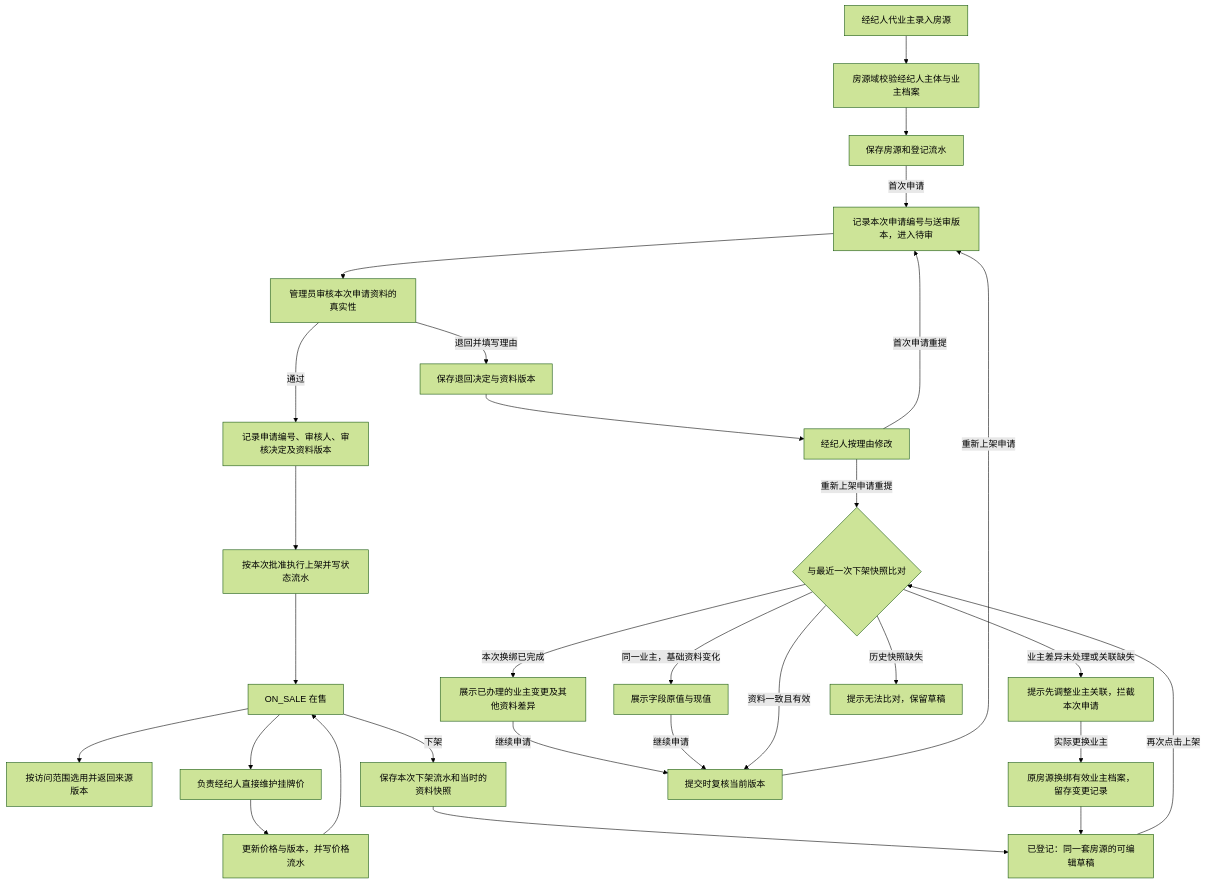
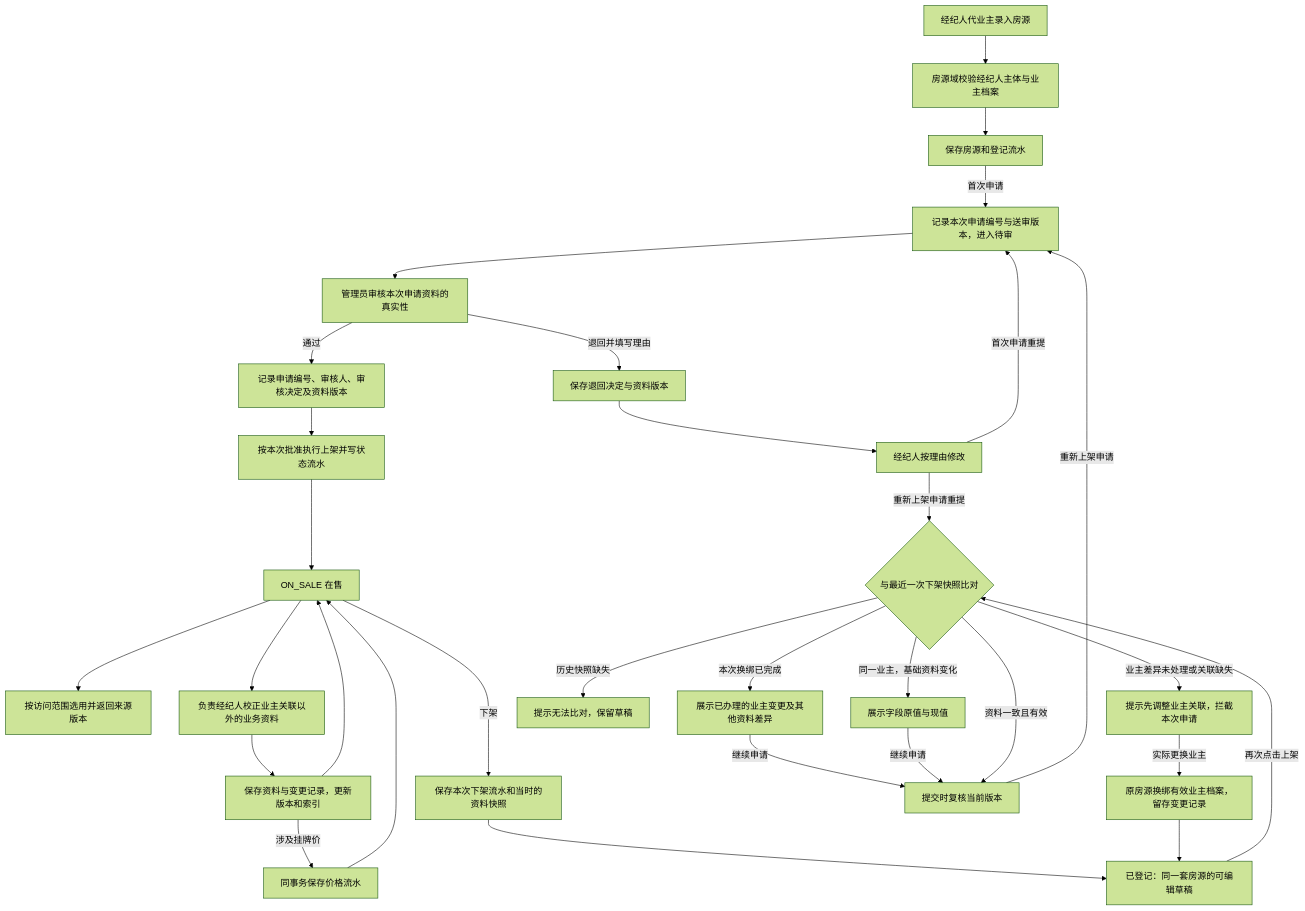
The second of 4 diagrams in openspec/changes/align-listing-marketing-workflows/dataflow.md (crj-tik/BkAnentProject), drawn with Mermaid (forest theme) before and after one commit. The commit also changed other lines of this file and 6 other files, not shown here.

````diff
--- a/openspec/changes/align-listing-marketing-workflows/dataflow.md
+++ b/openspec/changes/align-listing-marketing-workflows/dataflow.md
@@ -32,31 +32,33 @@
 ```mermaid
 flowchart TD
     Create[经纪人代业主录入房源] --> Owner[房源域校验经纪人主体与业主档案]
     Owner --> Save[保存房源和登记流水]
     Save -->|首次申请| Submit[记录本次申请编号与送审版本，进入待审]
     Submit --> Review[管理员审核本次申请资料的真实性]
     Review -->|退回并填写理由| Return[保存退回决定与资料版本]
     Return --> Edit[经纪人按理由修改]
     Edit -->|首次申请重提| Submit
     Edit -->|重新上架申请重提| Compare
     Review -->|通过| Approve[记录申请编号、审核人、审核决定及资料版本]
     Approve --> MarkLive[按本次批准执行上架并写状态流水]
     MarkLive --> Active[ON_SALE 在售]
     Active --> Select[按访问范围选用并返回来源版本]
-    Active --> Adjust[负责经纪人直接维护挂牌价]
-    Adjust --> Commit[更新价格与版本，并写价格流水]
+    Active --> Correct[负责经纪人校正业主关联以外的业务资料]
+    Correct --> Commit[保存资料与变更记录，更新版本和索引]
+    Commit -->|涉及挂牌价| PriceHistory[同事务保存价格流水]
+    PriceHistory --> Active
     Commit --> Active
     Active -->|下架| Delist[保存本次下架流水和当时的资料快照]
     Delist --> Registered[已登记：同一套房源的可编辑草稿]
     Registered -->|再次点击上架| Compare{与最近一次下架快照比对}
     Compare -->|业主差异未处理或关联缺失| FixOwner[提示先调整业主关联，拦截本次申请]
     FixOwner -->|实际更换业主| Rebind[原房源换绑有效业主档案，留存变更记录]
     Rebind --> Registered
     Compare -->|本次换绑已完成| OwnerChanged[展示已办理的业主变更及其他资料差异]
     OwnerChanged -->|继续申请| Apply
     Compare -->|同一业主，基础资料变化| Changes[展示字段原值与现值]
     Changes -->|继续申请| Apply[提交时复核当前版本]
     Compare -->|资料一致且有效| Apply
     Apply -->|重新上架申请| Submit
     Compare -->|历史快照缺失| Missing[提示无法比对，保留草稿]
 ```
````
